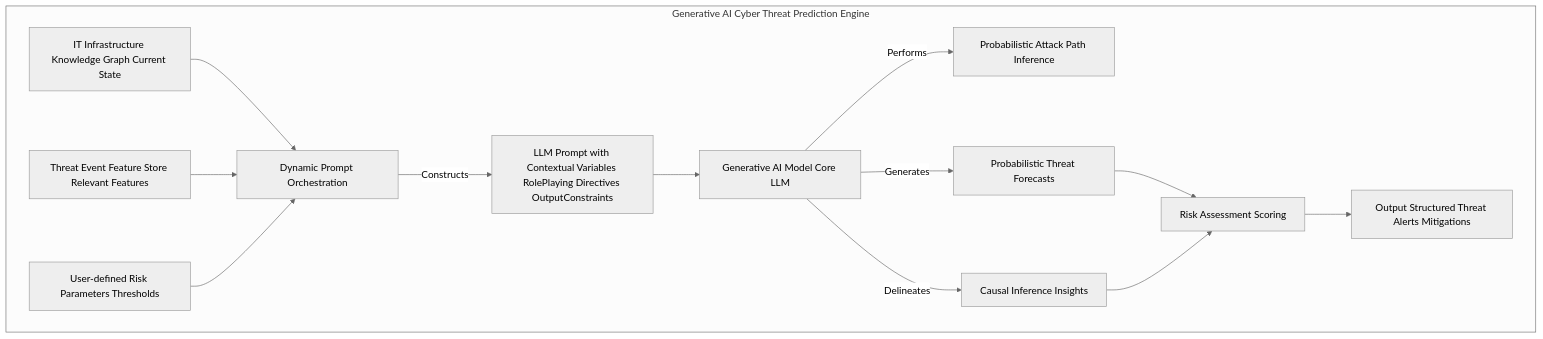
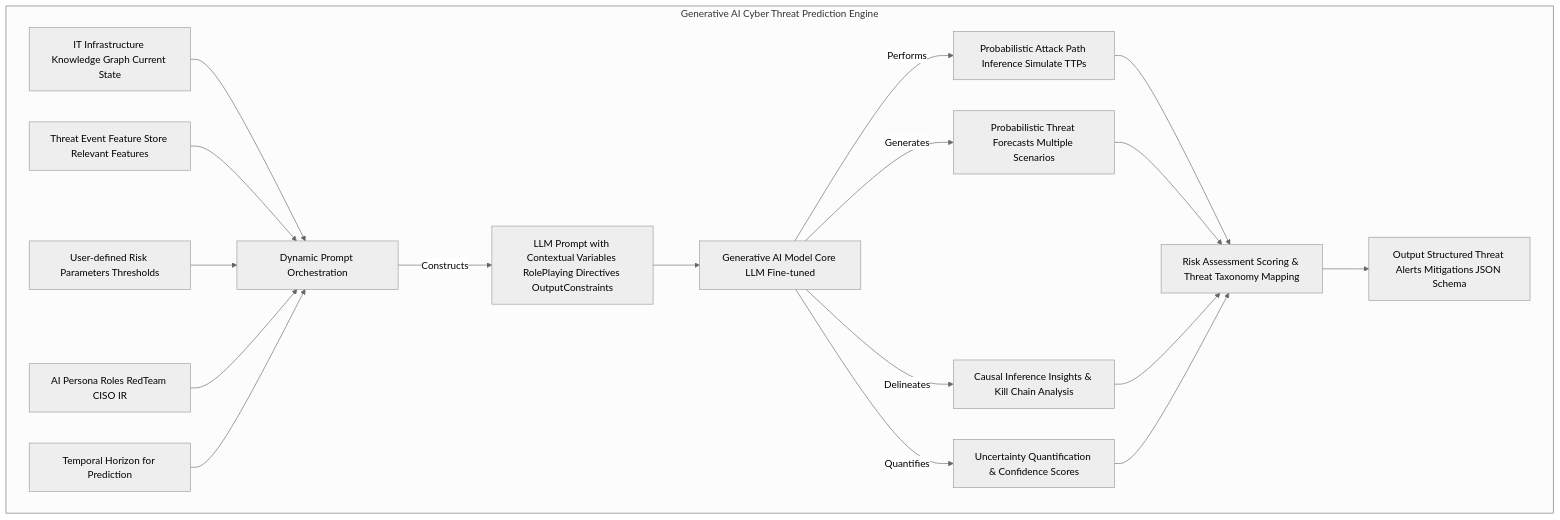
The fourth of 10 diagrams in inventions/inventions/026_predictive_cyber_threat_intelligence.md (diplomat-bit/Citibank_Demo_Business_Inc_Demonstration-), drawn with Mermaid (neutral theme) before and after one commit. The commit also changed other lines of this file, not shown here.

Commit message:
[AI] Edit: inventions/inventions/026_predictive_cyber_threat_intelligence.md

````diff
--- a/inventions/inventions/026_predictive_cyber_threat_intelligence.md
+++ b/inventions/inventions/026_predictive_cyber_threat_intelligence.md
@@ -167,15 +181,20 @@
 ```mermaid
 graph TD
     subgraph Generative AI Cyber Threat Prediction Engine
         ITKG[IT Infrastructure Knowledge Graph Current State] --> DPO[Dynamic Prompt Orchestration]
         TEFS[Threat Event Feature Store Relevant Features] --> DPO
         URP[User-defined Risk Parameters Thresholds] --> DPO
+        AI_ROLES[AI Persona Roles RedTeam CISO IR] --> DPO
+        TEMPORAL_H[Temporal Horizon for Prediction] --> DPO
+
         DPO -- Constructs --> LLMP[LLM Prompt with Contextual Variables RolePlaying Directives OutputConstraints]
-        LLMP --> GAI[Generative AI Model Core LLM]
-        GAI -- Performs --> PAPI[Probabilistic Attack Path Inference]
-        GAI -- Generates --> PTF[Probabilistic Threat Forecasts]
-        GAI -- Delineates --> CI[Causal Inference Insights]
-        PTF & CI --> RAS[Risk Assessment Scoring]
-        RAS --> OSD[Output Structured Threat Alerts Mitigations]
+        LLMP --> GAI[Generative AI Model Core LLM Fine-tuned]
+        GAI -- Performs --> PAPI[Probabilistic Attack Path Inference Simulate TTPs]
+        GAI -- Generates --> PTF[Probabilistic Threat Forecasts Multiple Scenarios]
+        GAI -- Delineates --> CI[Causal Inference Insights & Kill Chain Analysis]
+        GAI -- Quantifies --> UQ[Uncertainty Quantification & Confidence Scores]
+
+        PAPI & PTF & CI & UQ --> RAS[Risk Assessment Scoring & Threat Taxonomy Mapping]
+        RAS --> OSD[Output Structured Threat Alerts Mitigations JSON Schema]
     end
 ```
````
